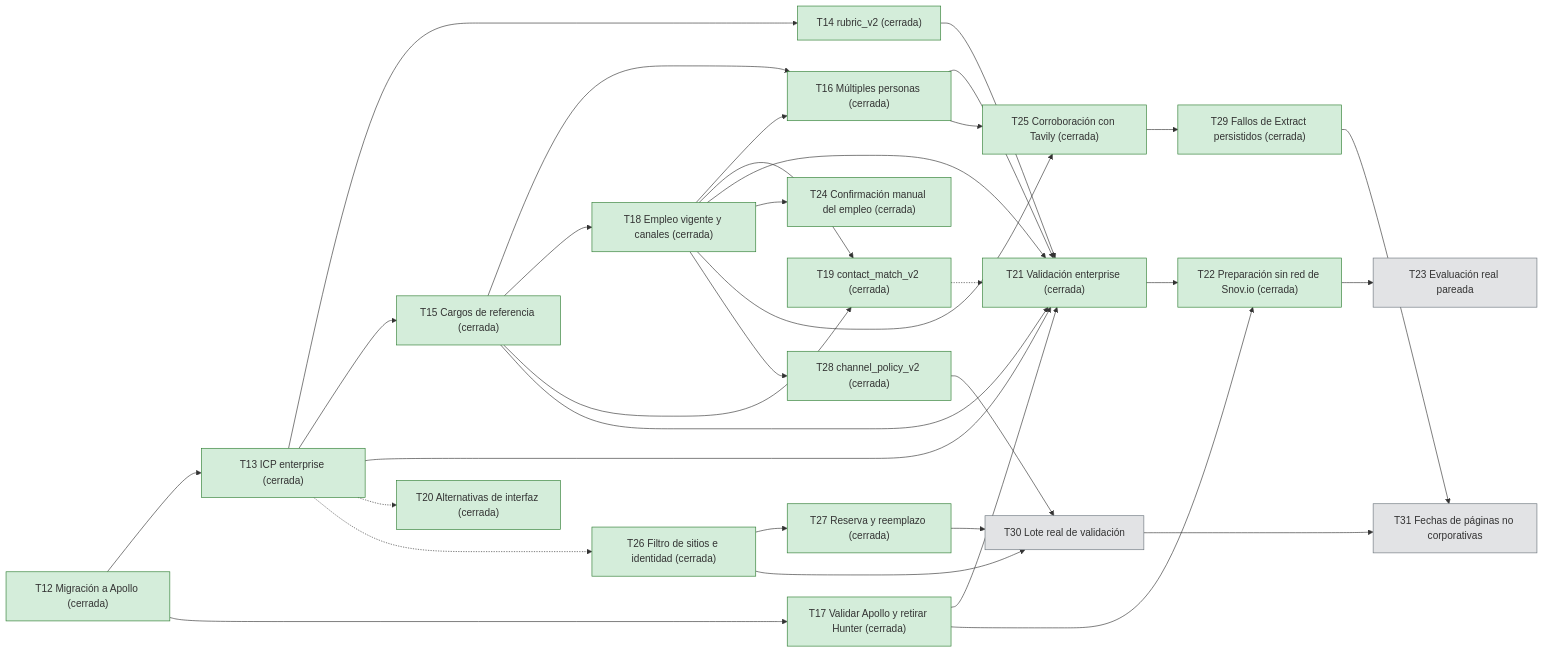
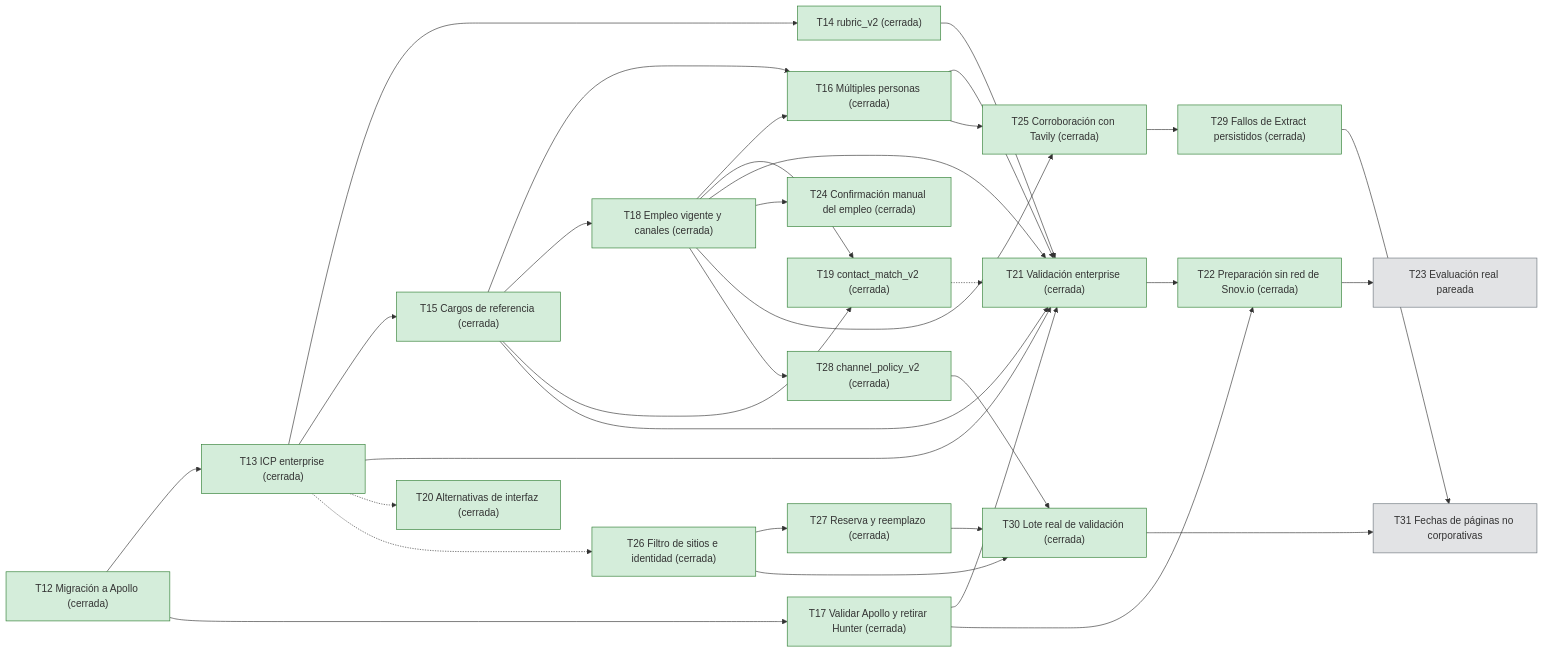
The diagram in docs/Roadmap.md (ThomasSerna/veryfi-prospecting), drawn with Mermaid before and after one commit. The commit also changed other lines of this file, not shown here.

Commit message:
docs: marcar T30 cerrada en el Roadmap

````diff
--- a/docs/Roadmap.md
+++ b/docs/Roadmap.md
@@ -63,58 +62,58 @@
 ```mermaid
 flowchart LR
     T12["T12 Migración a Apollo (cerrada)"]:::closed
     T13["T13 ICP enterprise (cerrada)"]:::closed
     T14["T14 rubric_v2 (cerrada)"]:::closed
     T15["T15 Cargos de referencia (cerrada)"]:::closed
     T16["T16 Múltiples personas (cerrada)"]:::closed
     T17["T17 Validar Apollo y retirar Hunter (cerrada)"]:::closed
     T18["T18 Empleo vigente y canales (cerrada)"]:::closed
     T19["T19 contact_match_v2 (cerrada)"]:::closed
     T20["T20 Alternativas de interfaz (cerrada)"]:::closed
     T21["T21 Validación enterprise (cerrada)"]:::closed
     T22["T22 Preparación sin red de Snov.io (cerrada)"]:::closed
     T23["T23 Evaluación real pareada"]:::pending
     T24["T24 Confirmación manual del empleo (cerrada)"]:::closed
     T25["T25 Corroboración con Tavily (cerrada)"]:::closed
     T26["T26 Filtro de sitios e identidad (cerrada)"]:::closed
     T27["T27 Reserva y reemplazo (cerrada)"]:::closed
     T28["T28 channel_policy_v2 (cerrada)"]:::closed
     T29["T29 Fallos de Extract persistidos (cerrada)"]:::closed
-    T30["T30 Lote real de validación"]:::pending
+    T30["T30 Lote real de validación (cerrada)"]:::closed
     T31["T31 Fechas de páginas no corporativas"]:::pending
     T12 --> T13
     T12 --> T17
     T13 --> T14
     T13 --> T15
     T15 --> T16
     T15 --> T18
     T15 --> T19
     T18 --> T16
     T18 --> T19
     T13 --> T21
     T14 --> T21
     T15 --> T21
     T16 --> T21
     T17 --> T21
     T18 --> T21
     T21 --> T22
     T17 --> T22
     T22 --> T23
     T13 -.-> T20
     T19 -.-> T21
     T18 --> T24
     T18 --> T25
     T16 --> T25
     T13 -.-> T26
     T26 --> T27
     T18 --> T28
     T25 --> T29
     T26 --> T30
     T27 --> T30
     T28 --> T30
     T29 --> T31
     T30 --> T31
     classDef closed fill:#d4edda,stroke:#2e7d32
     classDef open fill:#fff3cd,stroke:#b8860b
     classDef pending fill:#e2e3e5,stroke:#6c757d
 ```
````
